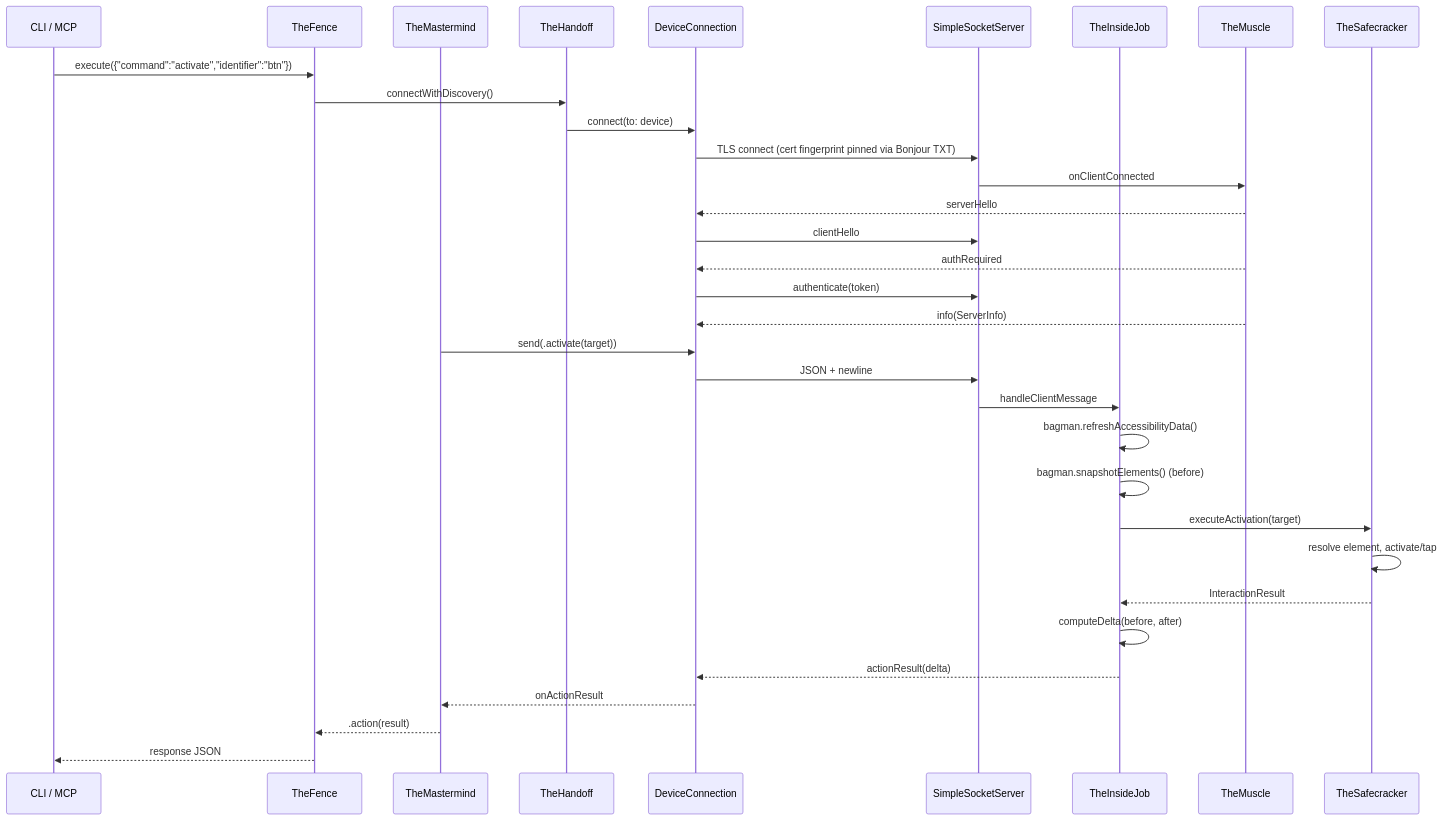
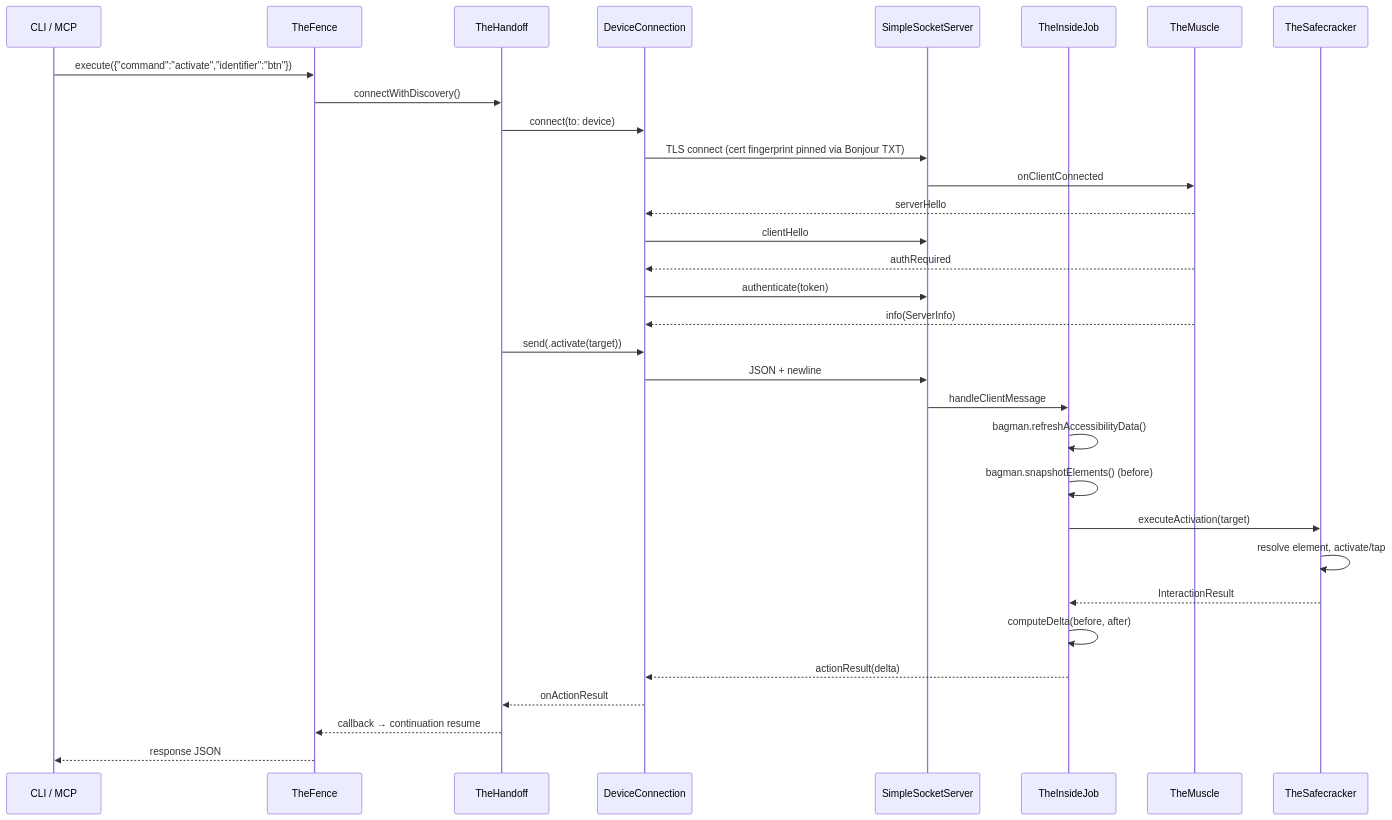
Before and after one commit to RoyalPineapple/TheButtonHeist: the second of 2 diagrams in docs/dossiers/00-OVERVIEW.md, drawn with Mermaid. The commit also changed other lines of this file and 41 other files, not shown here.

````diff
--- a/docs/dossiers/00-OVERVIEW.md
+++ b/docs/dossiers/00-OVERVIEW.md
@@ -68,36 +67,35 @@
 ```mermaid
 sequenceDiagram
     participant CLI as CLI / MCP
     participant TF as TheFence
-    participant TM as TheMastermind
     participant TH as TheHandoff
     participant DC as DeviceConnection
     participant SS as SimpleSocketServer
     participant IJ as TheInsideJob
     participant TM2 as TheMuscle
     participant TS as TheSafecracker
 
     CLI->>TF: execute({"command":"activate","identifier":"btn"})
     TF->>TH: connectWithDiscovery()
     TH->>DC: connect(to: device)
     DC->>SS: TLS connect (cert fingerprint pinned via Bonjour TXT)
     SS->>TM2: onClientConnected
     TM2-->>DC: serverHello
     DC->>SS: clientHello
     TM2-->>DC: authRequired
     DC->>SS: authenticate(token)
     TM2-->>DC: info(ServerInfo)
-    TM->>DC: send(.activate(target))
+    TH->>DC: send(.activate(target))
     DC->>SS: JSON + newline
     SS->>IJ: handleClientMessage
     IJ->>IJ: bagman.refreshAccessibilityData()
     IJ->>IJ: bagman.snapshotElements() (before)
     IJ->>TS: executeActivation(target)
     TS->>TS: resolve element, activate/tap
     TS-->>IJ: InteractionResult
     IJ->>IJ: computeDelta(before, after)
     IJ-->>DC: actionResult(delta)
-    DC-->>TM: onActionResult
-    TM-->>TF: .action(result)
+    DC-->>TH: onActionResult
+    TH-->>TF: callback → continuation resume
     TF-->>CLI: response JSON
 ```
````
